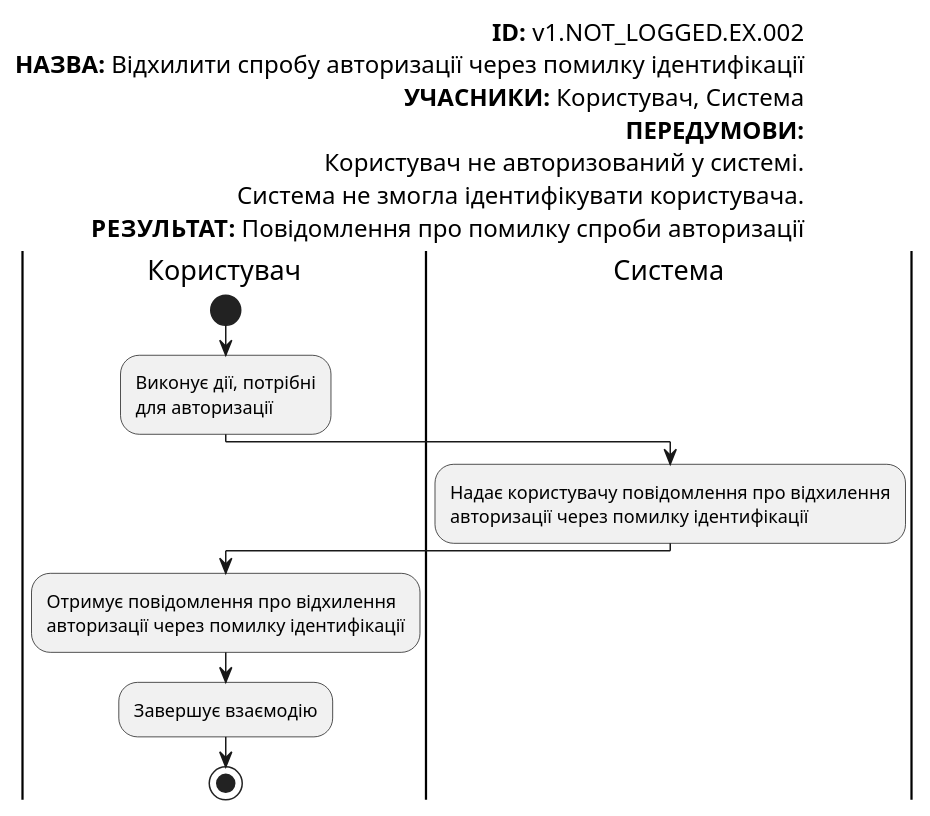
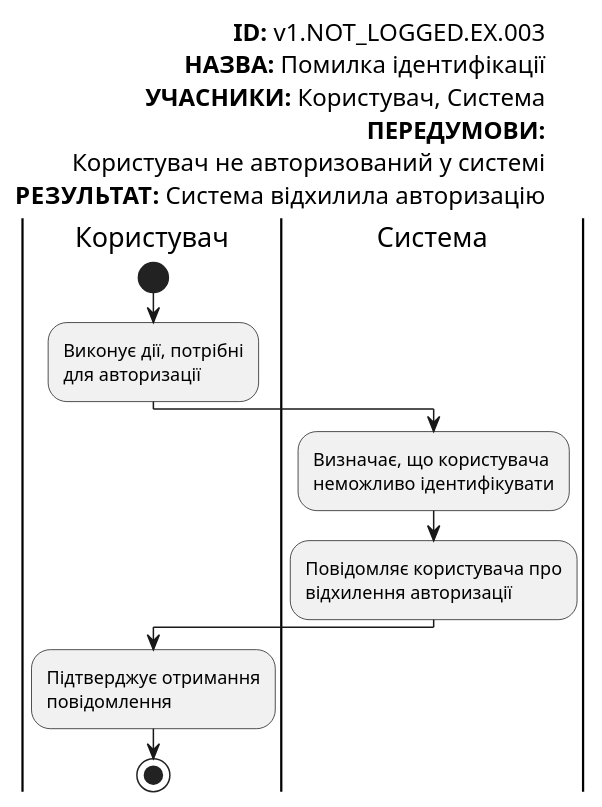
Before and after one commit to gurug-prog/survey-expert: diagram 21 of 23 in docs/use-cases/README.md, drawn with PlantUML. The commit also changed other lines of this file, not shown here.

```diff
--- a/docs/use-cases/README.md
+++ b/docs/use-cases/README.md
@@ -1024,29 +1077,30 @@
 @startuml
 
     left header
-         <font color=000 size=16><b>ID:</b> v1.NOT_LOGGED.EX.002
-         <font color=000 size=16><b>НАЗВА:</b> Відхилити спробу авторизації через помилку ідентифікації
+         <font color=000 size=16><b>ID:</b> v1.NOT_LOGGED.EX.003
+         <font color=000 size=16><b>НАЗВА:</b> Помилка ідентифікації
          <font color=000 size=16><b>УЧАСНИКИ:</b> Користувач, Система
          <font color=000 size=16><b>ПЕРЕДУМОВИ:</b>
-         <font color=000 size=16>Користувач не авторизований у системі.
-         <font color=000 size=16>Система не змогла ідентифікувати користувача.
-         <font color=000 size=16><b>РЕЗУЛЬТАТ:</b> Повідомлення про помилку спроби авторизації
+         <font color=000 size=16>Користувач не авторизований у системі
+         <font color=000 size=16><b>РЕЗУЛЬТАТ:</b> Система відхилила авторизацію
      end header
 
      |Користувач|
          start
          :Виконує дії, потрібні
          для авторизації;
 
      |Система|
-         :Надає користувачу повідомлення про відхилення
-         авторизації через помилку ідентифікації;
+         :Визначає, що користувача
+         неможливо ідентифікувати;
+
+         :Повідомляє користувача про
+         відхилення авторизації;
 
      |Користувач|
-         :Отримує повідомлення про відхилення
-         авторизації через помилку ідентифікації;
+         :Підтверджує отримання
+         повідомлення;
 
-         :Завершує взаємодію;
          stop;
 
 @enduml
```
